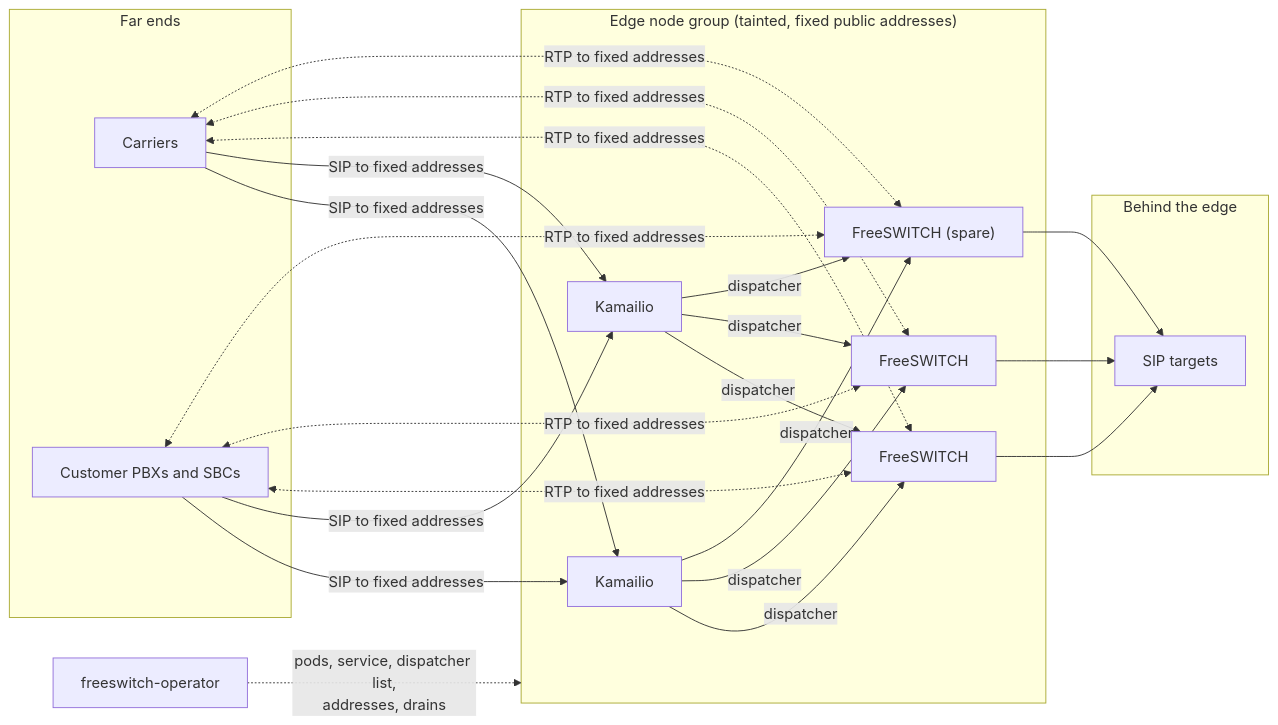
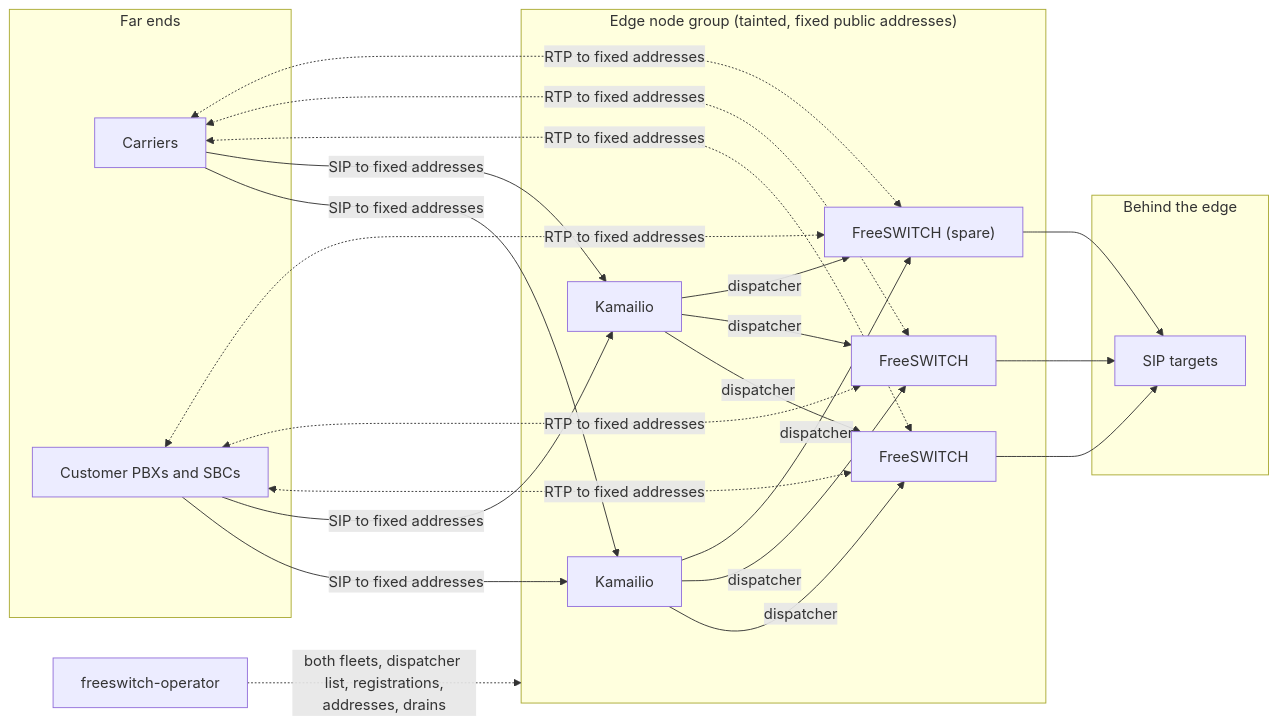
Before and after one commit to spiegela/freeswitch-operator: the first of 2 diagrams in README.md, drawn with Mermaid. The commit also changed other lines of this file and 1 other file, not shown here.

First line of the commit message:
Record edge decisions and license under Apache 2.0

````diff
--- a/README.md
+++ b/README.md
@@ -32,23 +32,23 @@
 ```mermaid
 flowchart LR
   subgraph Peers["Far ends"]
     C["Carriers"]
     P["Customer PBXs and SBCs"]
   end
   subgraph Edge["Edge node group (tainted, fixed public addresses)"]
     K1["Kamailio"]
     K2["Kamailio"]
     F1["FreeSWITCH"]
     F2["FreeSWITCH"]
     F3["FreeSWITCH (spare)"]
   end
   subgraph Behind["Behind the edge"]
     B["SIP targets"]
   end
   OP["freeswitch-operator"]
   C & P -->|SIP to fixed addresses| K1 & K2
   K1 & K2 -->|dispatcher| F1 & F2 & F3
   C & P <-.->|RTP to fixed addresses| F1 & F2 & F3
   F1 & F2 & F3 --> B
-  OP -.->|pods, service, dispatcher list,<br/>addresses, drains| Edge
+  OP -.->|both fleets, dispatcher list, registrations,<br/>addresses, drains| Edge
 ```
````
